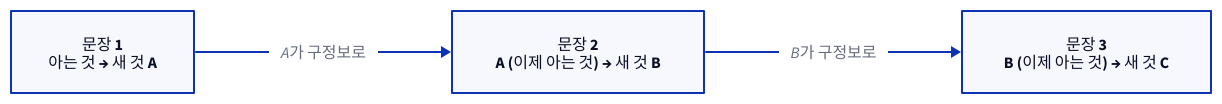
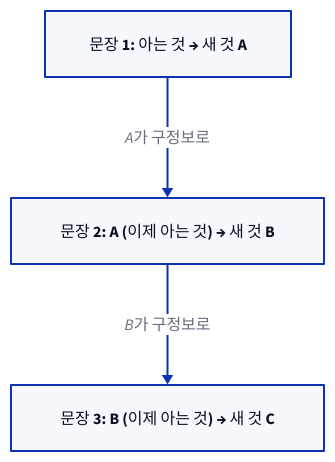
One commit to IndiaInk10/nobodxyz-brain changed the second of 2 diagrams in content/readable-writing.md. Above: the diagram before and after it, drawn with D2. The commit also changed 3 other files, not shown here.

````diff
--- a/content/readable-writing.md
+++ b/content/readable-writing.md
@@ -84,8 +84,8 @@
 ```d2
-direction: right
-s1: "문장 1\n아는 것 → 새 것 A"
-s2: "문장 2\nA (이제 아는 것) → 새 것 B"
-s3: "문장 3\nB (이제 아는 것) → 새 것 C"
+direction: down
+s1: "문장 1:  아는 것 → 새 것 A"
+s2: "문장 2:  A (이제 아는 것) → 새 것 B"
+s3: "문장 3:  B (이제 아는 것) → 새 것 C"
 s1 -> s2: "A가 구정보로" { class: accent }
 s2 -> s3: "B가 구정보로" { class: accent }
 ```
````
